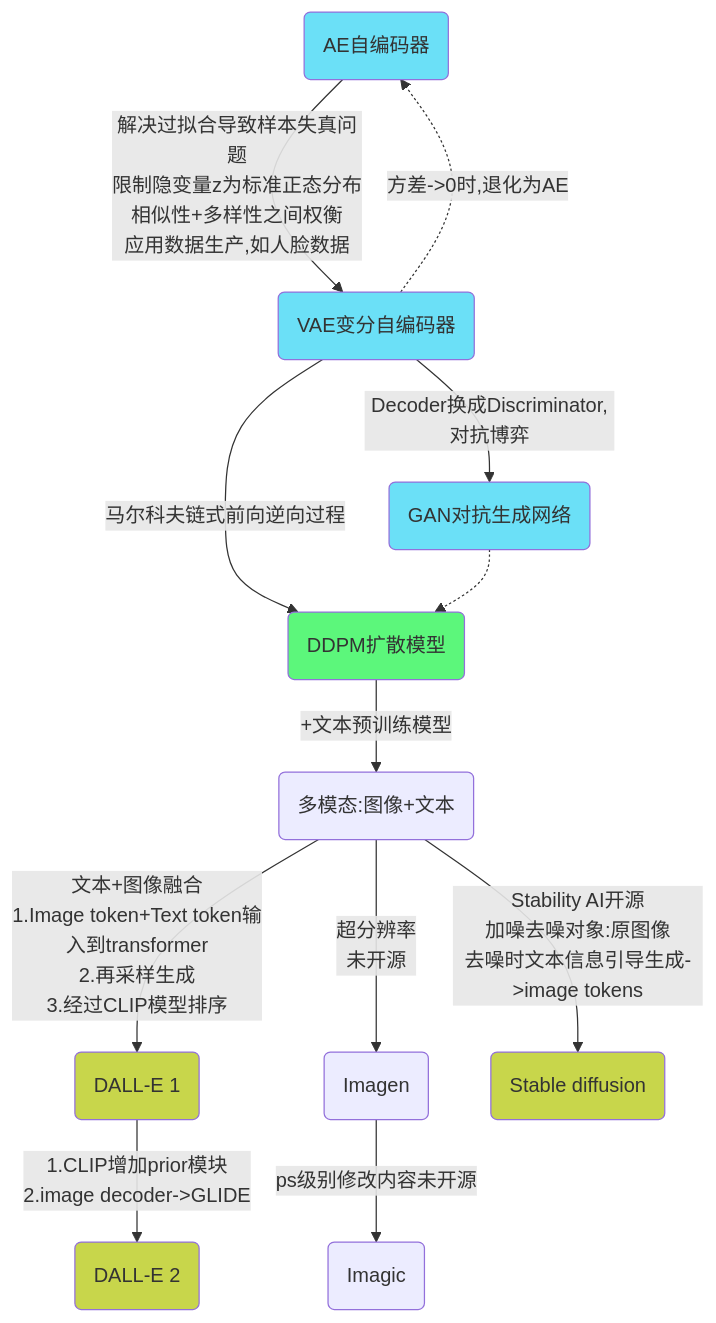
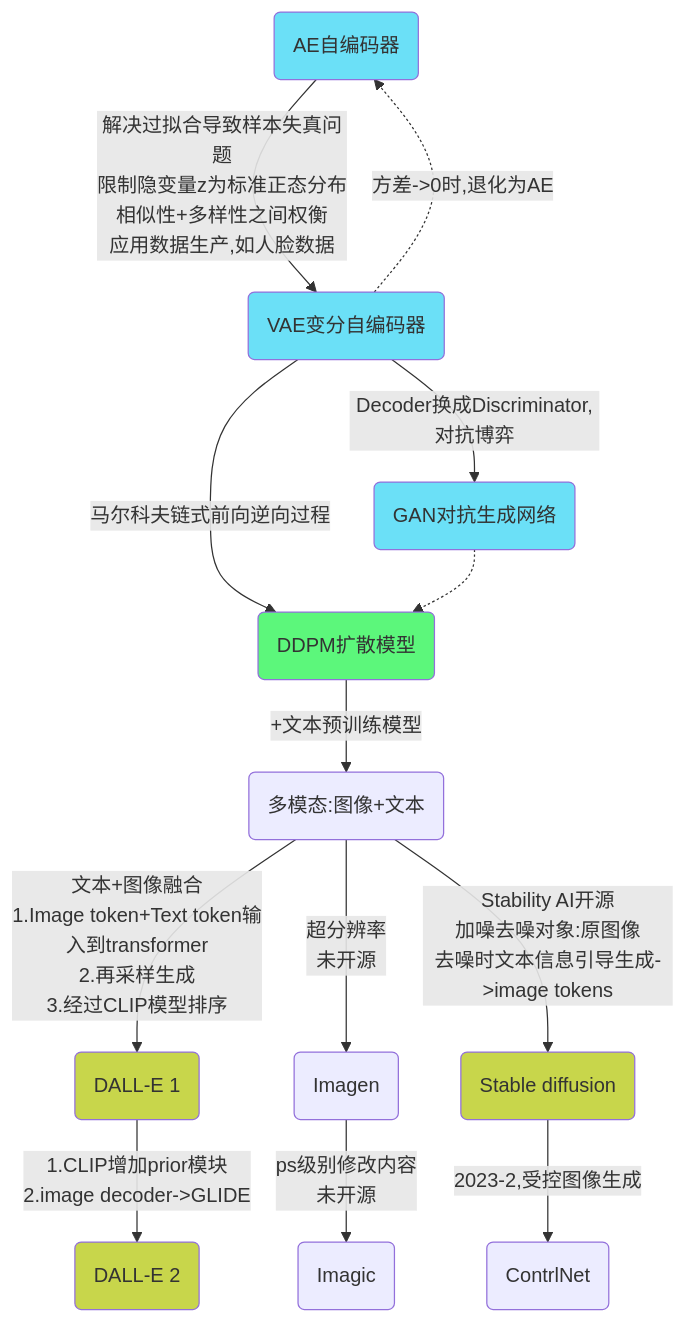
Before and after one commit to Gaohaoyang/gaohaoyang.github.io: the diagram in _posts/2023-04-04-Image-Generation.md, drawn with Mermaid.

Commit message:
更新

```diff
--- a/_posts/2023-04-04-Image-Generation.md
+++ b/_posts/2023-04-04-Image-Generation.md
@@ -27,22 +27,23 @@
 <div class="mermaid">
     flowchart TD
     %% 节点颜色
     classDef red fill:#F09;
     classDef green fill:#5CF77B;
     classDef blue fill:#6BE0F7;
     classDef orange fill:#F7CF6B;
     classDef grass fill:#C8D64B;
     %%节点关系定义
     A(AE自编码器):::blue -->|解决过拟合导致样本失真问题\n限制隐变量z为标准正态分布\n相似性+多样性之间权衡\n应用数据生产,如人脸数据| V(VAE变分自编码器):::blue
     V -.->|方差->0时,退化为AE| A
     V -->|Decoder换成Discriminator,对抗博弈| G(GAN对抗生成网络):::blue
     V -->|马尔科夫链式前向逆向过程|D(DDPM扩散模型):::green
     G -.-> D
     %%扩散模型与预训练模型结合
     D -->|+文本预训练模型| M(多模态:图像+文本)
     M-->|文本+图像融合\n1.Image token+Text token输入到transformer\n2.再采样生成\n3.经过CLIP模型排序|D1(DALL-E 1):::grass
     D1-->|1.CLIP增加prior模块\n2.image decoder->GLIDE|D2(DALL-E 2):::grass
     M-->|超分辨率\n未开源|I1(Imagen)
-    I1-->|ps级别修改内容未开源|I2(Imagic)
+    I1-->|ps级别修改内容\n未开源|I2(Imagic)
     M-->|Stability AI开源\n加噪去噪对象:原图像\n去噪时文本信息引导生成->image tokens|S(Stable diffusion):::grass
+    S-->|2023-2,受控图像生成|C(ContrlNet)
 </div>
```
